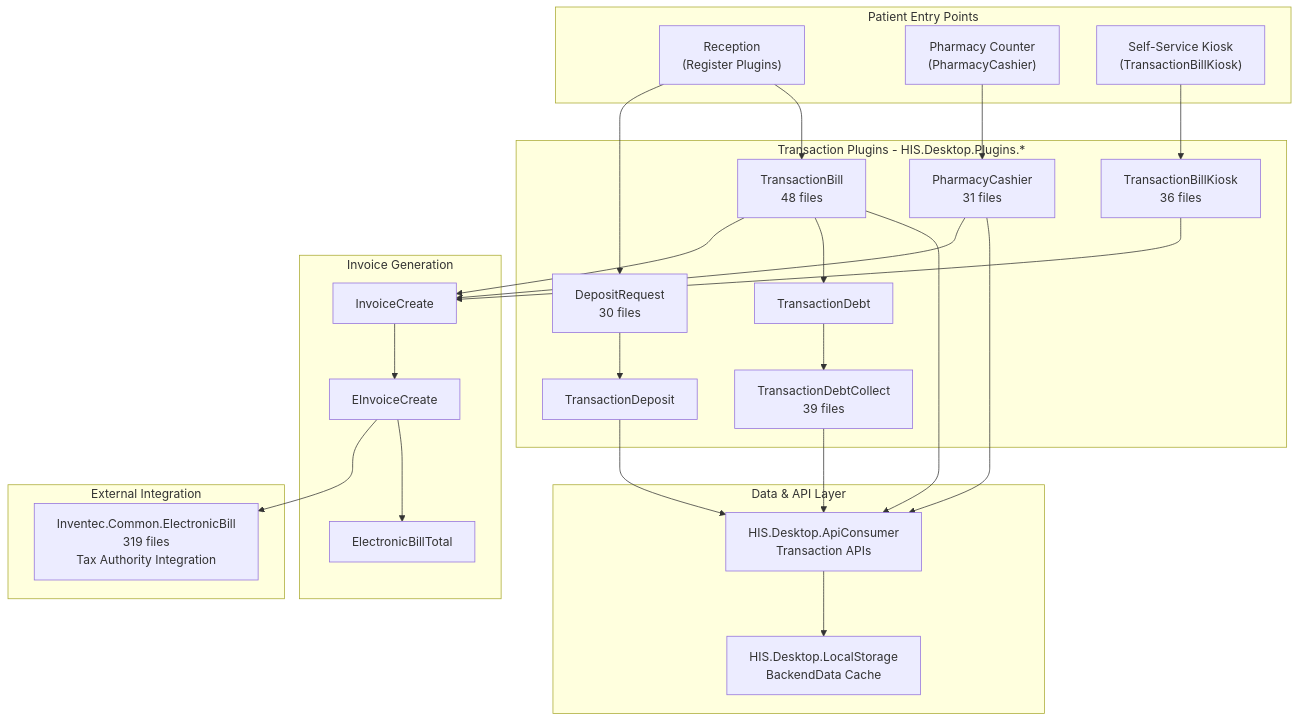
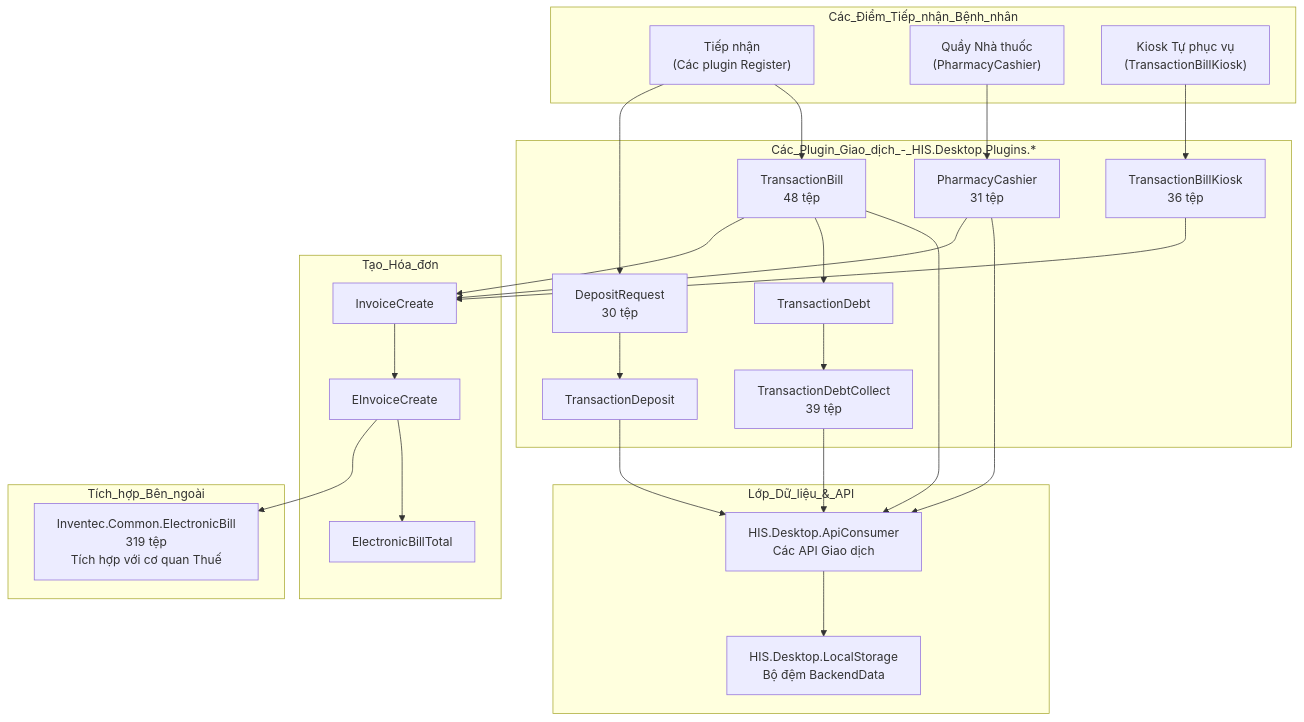
The seventh of 9 diagrams in docs/his-ba-documentation/02-modules/his-desktop/business-plugins.md (thangpnb/HIS), drawn with Mermaid before and after one commit. The commit also changed other lines of this file and 30 other files, not shown here.

Commit message:
Refactor architecture docs and update translations

````diff
--- a/docs/his-ba-documentation/02-modules/his-desktop/business-plugins.md
+++ b/docs/his-ba-documentation/02-modules/his-desktop/business-plugins.md
@@ -634,58 +630,58 @@
 ```mermaid
 graph TB
-    subgraph "Patient Entry Points"
-        Reception["Reception<br/>(Register Plugins)"]
-        Pharmacy["Pharmacy Counter<br/>(PharmacyCashier)"]
-        Kiosk["Self-Service Kiosk<br/>(TransactionBillKiosk)"]
+    subgraph "Các_Điểm_Tiếp_nhận_Bệnh_nhân"
+        Reception["Tiếp nhận<br/>(Các plugin Register)"]
+        Pharmacy["Quầy Nhà thuốc<br/>(PharmacyCashier)"]
+        Kiosk["Kiosk Tự phục vụ<br/>(TransactionBillKiosk)"]
     end
     
-    subgraph "Transaction Plugins - HIS.Desktop.Plugins.*"
-        DepositReq["DepositRequest<br/>30 files"]
+    subgraph "Các_Plugin_Giao_dịch_-_HIS.Desktop.Plugins.*"
+        DepositReq["DepositRequest<br/>30 tệp"]
         TransDeposit["TransactionDeposit"]
-        TransBill["TransactionBill<br/>48 files"]
-        TransKiosk["TransactionBillKiosk<br/>36 files"]
-        PharmaCash["PharmacyCashier<br/>31 files"]
+        TransBill["TransactionBill<br/>48 tệp"]
+        TransKiosk["TransactionBillKiosk<br/>36 tệp"]
+        PharmaCash["PharmacyCashier<br/>31 tệp"]
         TransDebt["TransactionDebt"]
-        DebtCollect["TransactionDebtCollect<br/>39 files"]
+        DebtCollect["TransactionDebtCollect<br/>39 tệp"]
     end
     
-    subgraph "Invoice Generation"
+    subgraph "Tạo_Hóa_đơn"
         InvCreate["InvoiceCreate"]
         EInvCreate["EInvoiceCreate"]
         ElecBillTotal["ElectronicBillTotal"]
     end
     
-    subgraph "Data & API Layer"
-        ApiConsumer["HIS.Desktop.ApiConsumer<br/>Transaction APIs"]
-        LocalStorage["HIS.Desktop.LocalStorage<br/>BackendData Cache"]
+    subgraph "Lớp_Dữ_liệu_&_API"
+        ApiConsumer["HIS.Desktop.ApiConsumer<br/>Các API Giao dịch"]
+        LocalStorage["HIS.Desktop.LocalStorage<br/>Bộ đệm BackendData"]
     end
     
-    subgraph "External Integration"
-        ElecBillLib["Inventec.Common.ElectronicBill<br/>319 files<br/>Tax Authority Integration"]
+    subgraph "Tích_hợp_Bên_ngoài"
+        ElecBillLib["Inventec.Common.ElectronicBill<br/>319 tệp<br/>Tích hợp với cơ quan Thuế"]
     end
     
     Reception --> DepositReq
     DepositReq --> TransDeposit
     
     Reception --> TransBill
     Kiosk --> TransKiosk
     Pharmacy --> PharmaCash
     
     TransBill --> InvCreate
     TransKiosk --> InvCreate
     PharmaCash --> InvCreate
     
     InvCreate --> EInvCreate
     EInvCreate --> ElecBillLib
     EInvCreate --> ElecBillTotal
     
     TransBill --> TransDebt
     TransDebt --> DebtCollect
     
     TransBill --> ApiConsumer
     TransDeposit --> ApiConsumer
     DebtCollect --> ApiConsumer
     PharmaCash --> ApiConsumer
     
     ApiConsumer --> LocalStorage
 ```
````
